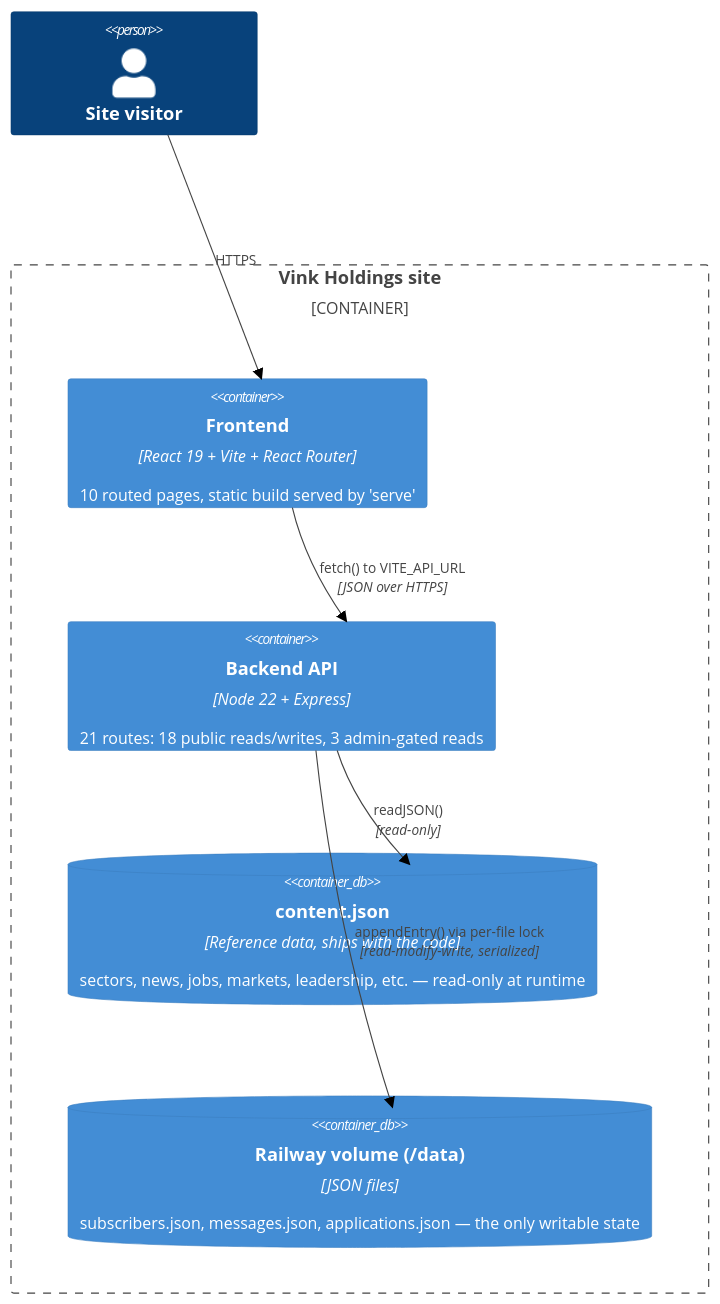
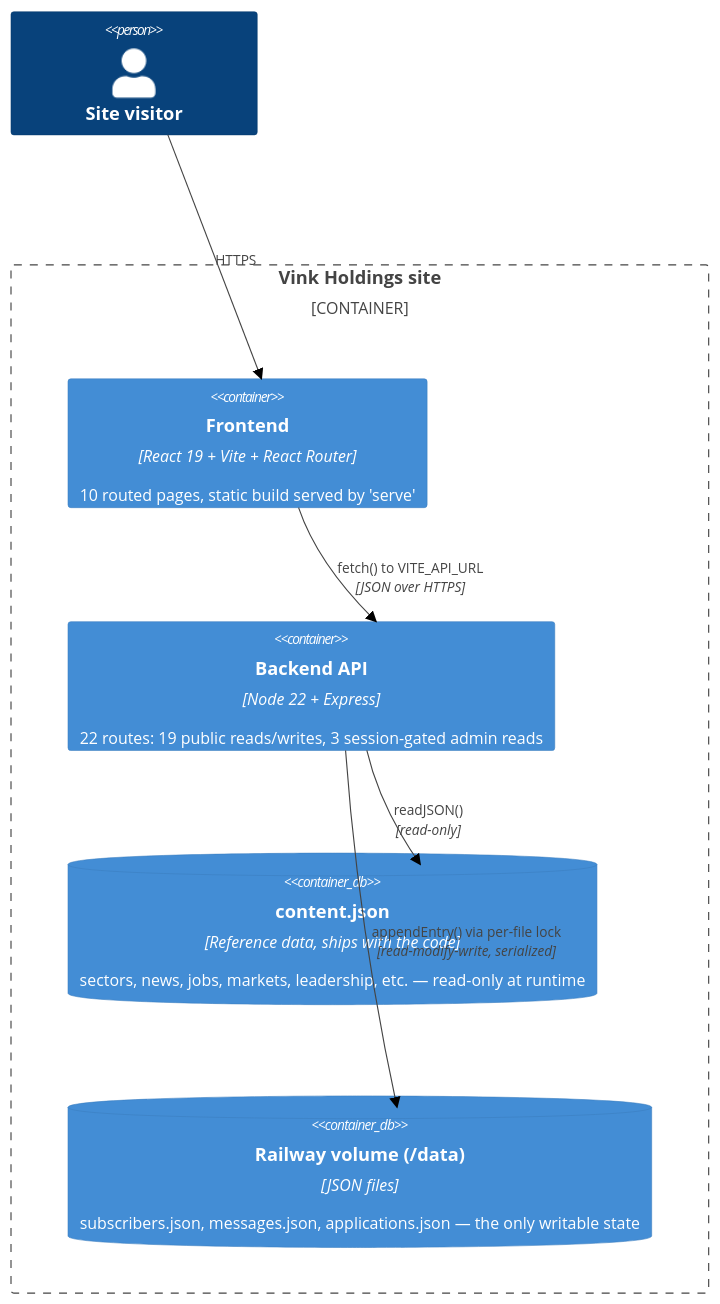
One commit to vincentkafula/VINK-Holding changed the second of 2 diagrams in docs/architecture.md. Above: the diagram before and after it, drawn with Mermaid (forest theme). The commit also changed 3 other files, not shown here.

````diff
--- a/docs/architecture.md
+++ b/docs/architecture.md
@@ -29,16 +29,16 @@
 ```mermaid
 C4Container
     Person(visitor, "Site visitor")
 
     Container_Boundary(site, "Vink Holdings site") {
         Container(spa, "Frontend", "React 19 + Vite + React Router", "10 routed pages, static build served by 'serve'")
-        Container(api, "Backend API", "Node 22 + Express", "21 routes: 18 public reads/writes, 3 admin-gated reads")
+        Container(api, "Backend API", "Node 22 + Express", "22 routes: 19 public reads/writes, 3 session-gated admin reads")
         ContainerDb(content, "content.json", "Reference data, ships with the code", "sectors, news, jobs, markets, leadership, etc. — read-only at runtime")
         ContainerDb(volume, "Railway volume (/data)", "JSON files", "subscribers.json, messages.json, applications.json — the only writable state")
     }
 
     Rel(visitor, spa, "HTTPS")
     Rel(spa, api, "fetch() to VITE_API_URL", "JSON over HTTPS")
     Rel(api, content, "readJSON()", "read-only")
     Rel(api, volume, "appendEntry() via per-file lock", "read-modify-write, serialized")
 ```
````
